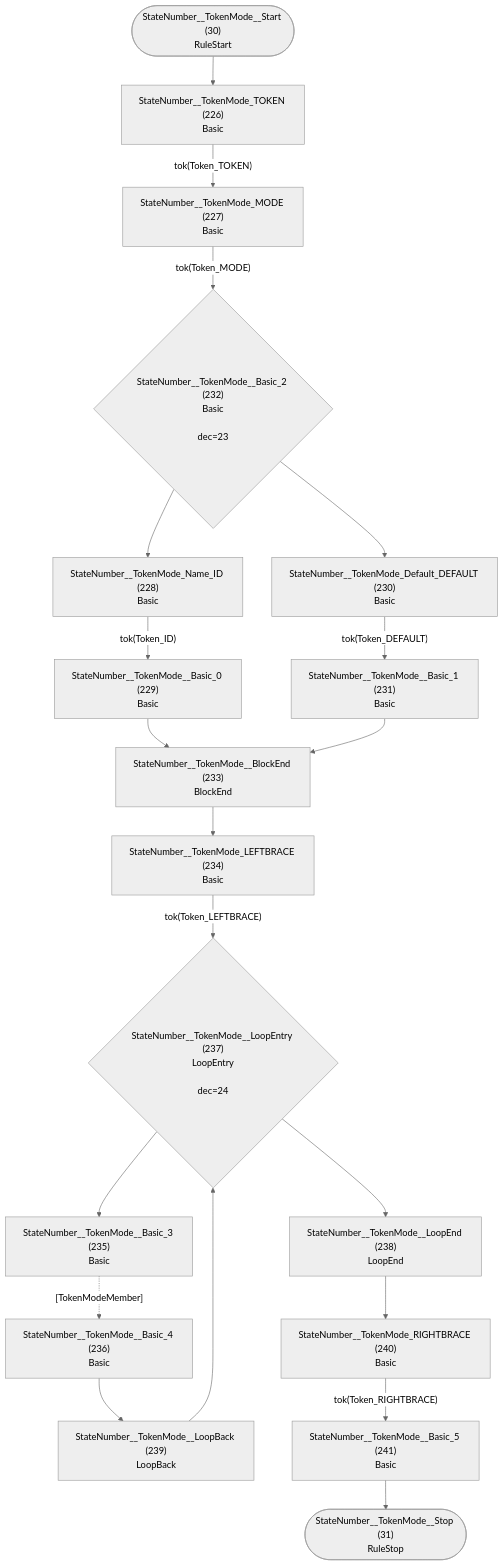
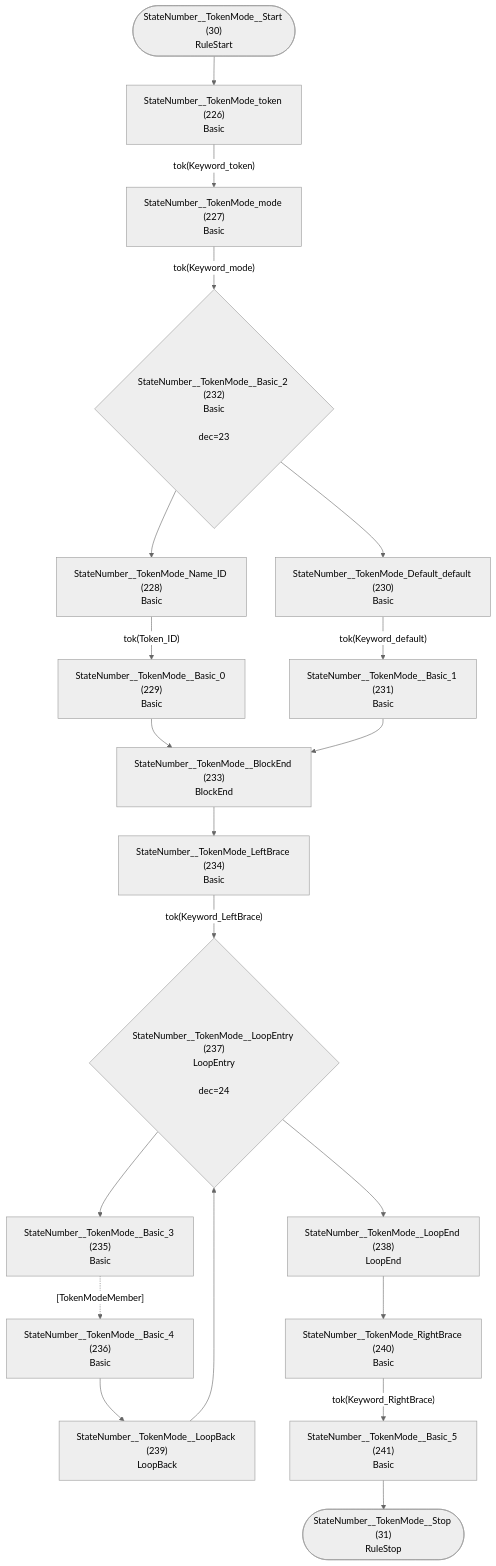
One commit to TypeFox/fastbelt changed diagram 16 of 37 in internal/grammar/atn.md. Above: the diagram before and after it, drawn with Mermaid (neutral theme). The commit also changed other lines of this file and 7 other files, not shown here.

````diff
--- a/internal/grammar/atn.md
+++ b/internal/grammar/atn.md
@@ -491,41 +491,41 @@
 ```mermaid
 flowchart TD
     q30(["StateNumber__TokenMode__Start (30)<br/>RuleStart"])
     q31(["StateNumber__TokenMode__Stop (31)<br/>RuleStop"])
-    q226["StateNumber__TokenMode_TOKEN (226)<br/>Basic<br/>"]
-    q227["StateNumber__TokenMode_MODE (227)<br/>Basic<br/>"]
+    q226["StateNumber__TokenMode_token (226)<br/>Basic<br/>"]
+    q227["StateNumber__TokenMode_mode (227)<br/>Basic<br/>"]
     q228["StateNumber__TokenMode_Name_ID (228)<br/>Basic<br/>"]
     q229["StateNumber__TokenMode__Basic_0 (229)<br/>Basic<br/>"]
-    q230["StateNumber__TokenMode_Default_DEFAULT (230)<br/>Basic<br/>"]
+    q230["StateNumber__TokenMode_Default_default (230)<br/>Basic<br/>"]
     q231["StateNumber__TokenMode__Basic_1 (231)<br/>Basic<br/>"]
     q232{"StateNumber__TokenMode__Basic_2 (232)<br/>Basic<br/><br/>dec=23"}
     q233["StateNumber__TokenMode__BlockEnd (233)<br/>BlockEnd<br/>"]
-    q234["StateNumber__TokenMode_LEFTBRACE (234)<br/>Basic<br/>"]
+    q234["StateNumber__TokenMode_LeftBrace (234)<br/>Basic<br/>"]
     q235["StateNumber__TokenMode__Basic_3 (235)<br/>Basic<br/>"]
     q236["StateNumber__TokenMode__Basic_4 (236)<br/>Basic<br/>"]
     q237{"StateNumber__TokenMode__LoopEntry (237)<br/>LoopEntry<br/><br/>dec=24"}
     q238["StateNumber__TokenMode__LoopEnd (238)<br/>LoopEnd<br/>"]
     q239["StateNumber__TokenMode__LoopBack (239)<br/>LoopBack<br/>"]
-    q240["StateNumber__TokenMode_RIGHTBRACE (240)<br/>Basic<br/>"]
+    q240["StateNumber__TokenMode_RightBrace (240)<br/>Basic<br/>"]
     q241["StateNumber__TokenMode__Basic_5 (241)<br/>Basic<br/>"]
 
     q30 --> q226
-    q226 -->|"tok(Token_TOKEN)"| q227
-    q227 -->|"tok(Token_MODE)"| q232
+    q226 -->|"tok(Keyword_token)"| q227
+    q227 -->|"tok(Keyword_mode)"| q232
     q228 -->|"tok(Token_ID)"| q229
     q229 --> q233
-    q230 -->|"tok(Token_DEFAULT)"| q231
+    q230 -->|"tok(Keyword_default)"| q231
     q231 --> q233
     q232 --> q228
     q232 --> q230
     q233 --> q234
-    q234 -->|"tok(Token_LEFTBRACE)"| q237
+    q234 -->|"tok(Keyword_LeftBrace)"| q237
     q235 -.->|"[TokenModeMember]"| q236
     q236 --> q239
     q237 --> q235
     q237 --> q238
     q238 --> q240
     q239 --> q237
-    q240 -->|"tok(Token_RIGHTBRACE)"| q241
+    q240 -->|"tok(Keyword_RightBrace)"| q241
     q241 --> q31
 ```
````
